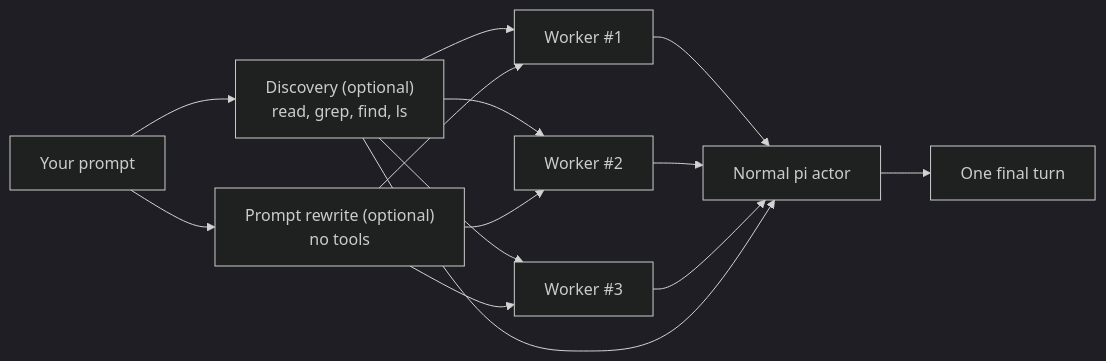
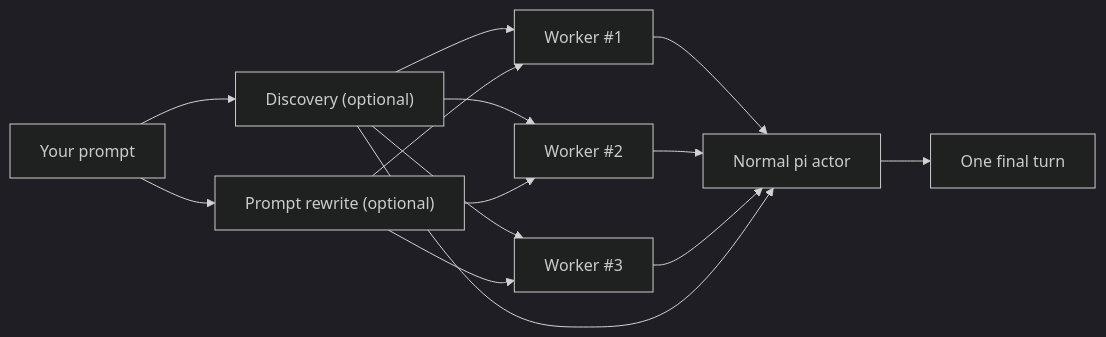
Before and after one commit to leblancfg/pi-fusion: the diagram in README.md, drawn with Mermaid (dark theme). The commit also changed other lines of this file and 11 other files, not shown here.

Commit message:
Make it possible to select either all or read-only tools for discovery+worker segments

````diff
--- a/README.md
+++ b/README.md
@@ -54,16 +54,16 @@
 ```mermaid
 flowchart LR
-  U[Your prompt] --> D["Discovery (optional)<br/>read, grep, find, ls"]
-  U --> R["Prompt rewrite (optional)<br/>no tools"]
+  U[Your prompt] --> D["Discovery (optional)"]
+  U --> R["Prompt rewrite (optional)"]
   D --> W1[Worker #1]
   D --> W2[Worker #2]
   D --> W3[Worker #3]
   R --> W1
   R --> W2
   R --> W3
   W1 --> A[Normal pi actor]
   W2 --> A
   W3 --> A
   D --> A
   A --> O[One final turn]
 ```
````
